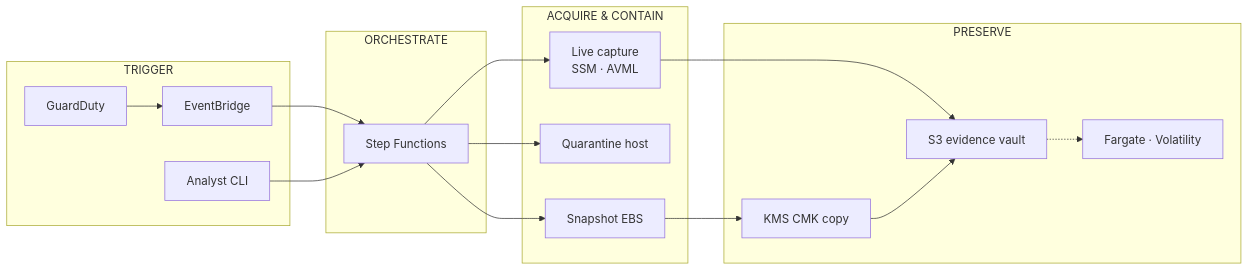
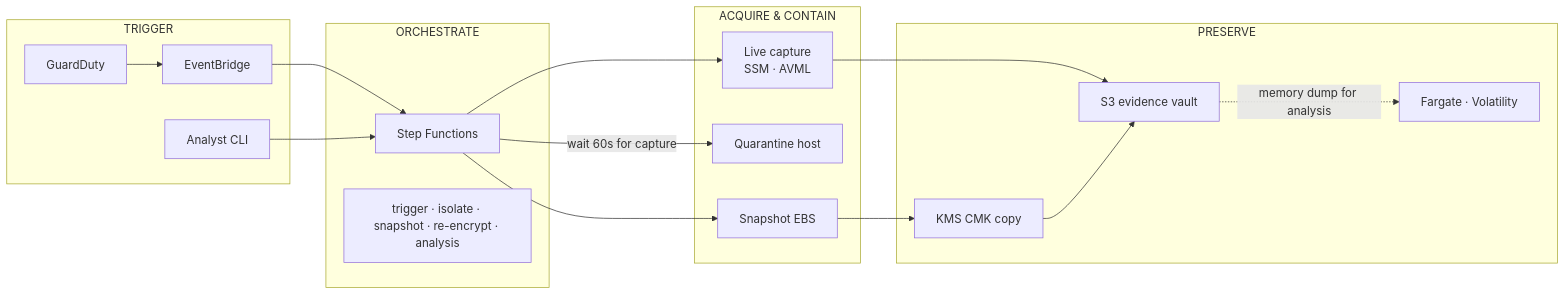
One commit to ritvikindupuri/aws-cloud-dfir changed the diagram in docs/architecture.mmd. Above: the diagram before and after it, drawn with Mermaid. The commit also changed 2 other files, not shown here.

```diff
--- a/docs/architecture.mmd
+++ b/docs/architecture.mmd
@@ -1,27 +1,28 @@
 flowchart LR
   subgraph T["TRIGGER"]
     GD["GuardDuty"] --> EB["EventBridge"]
     CLI["Analyst CLI"]
   end
   subgraph O["ORCHESTRATE"]
     SFN["Step Functions"]
+    LAM["trigger · isolate · snapshot · re-encrypt · analysis"]
   end
   subgraph A["ACQUIRE & CONTAIN"]
     LIVE["Live capture<br/>SSM · AVML"]
     QUAR["Quarantine host"]
     SNAP["Snapshot EBS"]
   end
   subgraph P["PRESERVE"]
     S3["S3 evidence vault"]
     KMS["KMS CMK copy"]
     FV["Fargate · Volatility"]
   end
   EB --> SFN
   CLI --> SFN
   SFN --> LIVE
   LIVE --> S3
-  SFN --> QUAR
+  SFN -->|"wait 60s for capture"| QUAR
   SFN --> SNAP
   SNAP --> KMS
   KMS --> S3
-  S3 -.-> FV
+  S3 -.->|"memory dump for analysis"| FV
```
